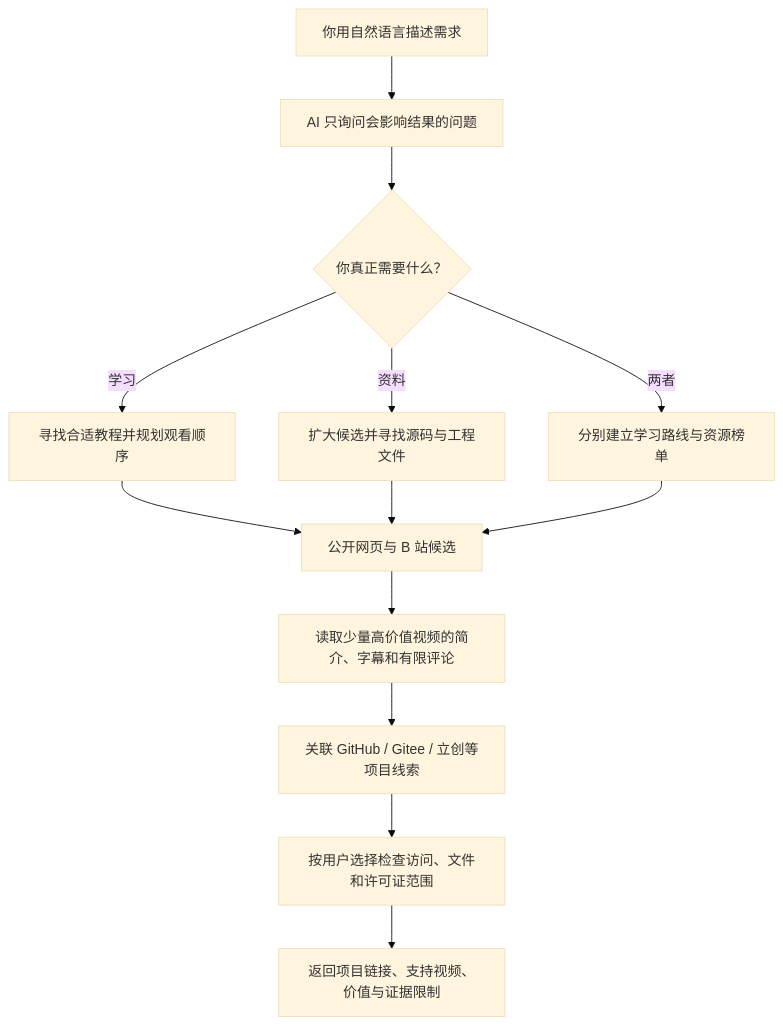
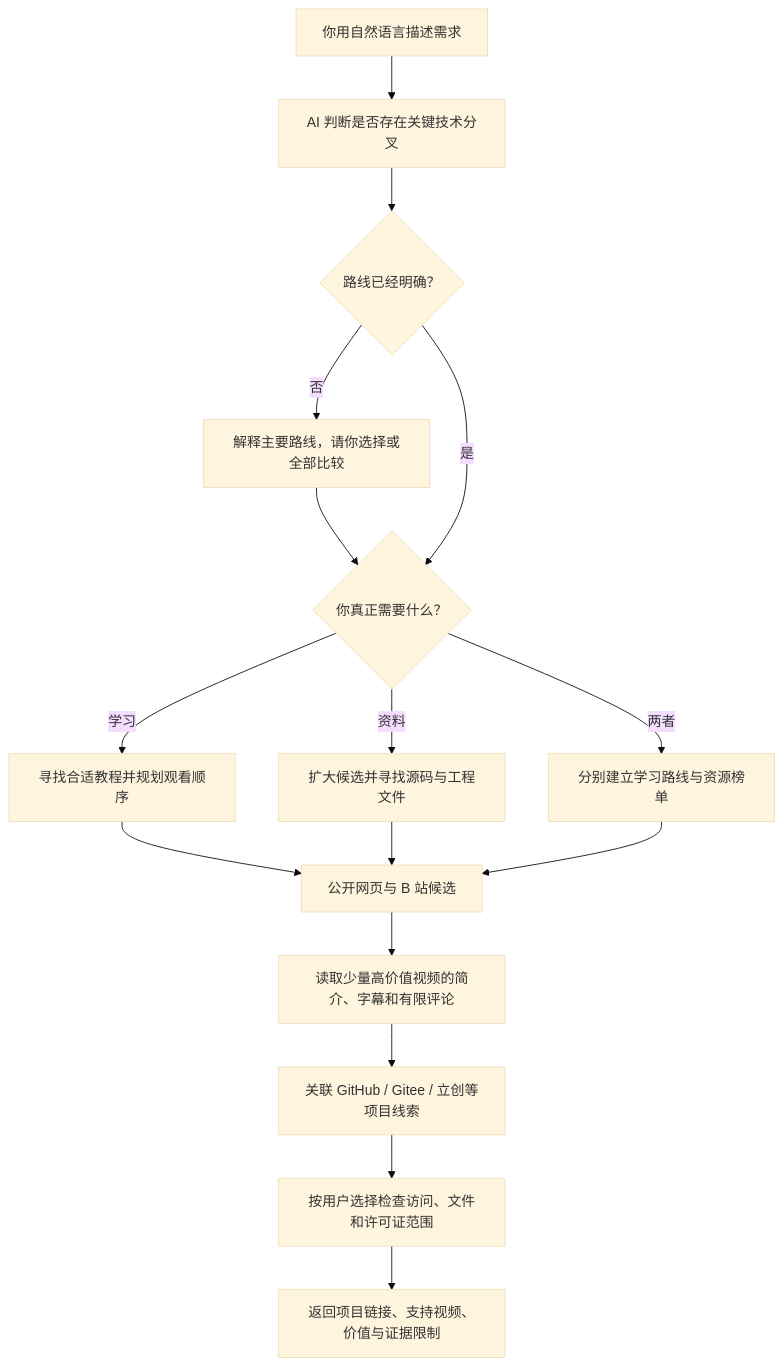
One commit to sunwanxu/bilibili-tech-resource-discovery changed the diagram in README.md. Above: the diagram before and after it, drawn with Mermaid (base theme). The commit also changed other lines of this file and 13 other files, not shown here.

````diff
--- a/README.md
+++ b/README.md
@@ -173,15 +179,18 @@
 ```mermaid
 flowchart TD
-    A["你用自然语言描述需求"] --> B["AI 只询问会影响结果的问题"]
-    B --> C{"你真正需要什么？"}
-    C -->|学习| D["寻找合适教程并规划观看顺序"]
-    C -->|资料| E["扩大候选并寻找源码与工程文件"]
-    C -->|两者| F["分别建立学习路线与资源榜单"]
+    A["你用自然语言描述需求"] --> B["AI 判断是否存在关键技术分叉"]
+    B --> C{"路线已经明确？"}
+    C -->|否| C1["解释主要路线，请你选择或全部比较"]
+    C1 --> D0{"你真正需要什么？"}
+    C -->|是| D0
+    D0 -->|学习| D["寻找合适教程并规划观看顺序"]
+    D0 -->|资料| E["扩大候选并寻找源码与工程文件"]
+    D0 -->|两者| F["分别建立学习路线与资源榜单"]
     D --> G["公开网页与 B 站候选"]
     E --> G
     F --> G
     G --> H["读取少量高价值视频的简介、字幕和有限评论"]
     H --> I["关联 GitHub / Gitee / 立创等项目线索"]
     I --> J["按用户选择检查访问、文件和许可证范围"]
     J --> K["返回项目链接、支持视频、价值与证据限制"]
 ```
````
